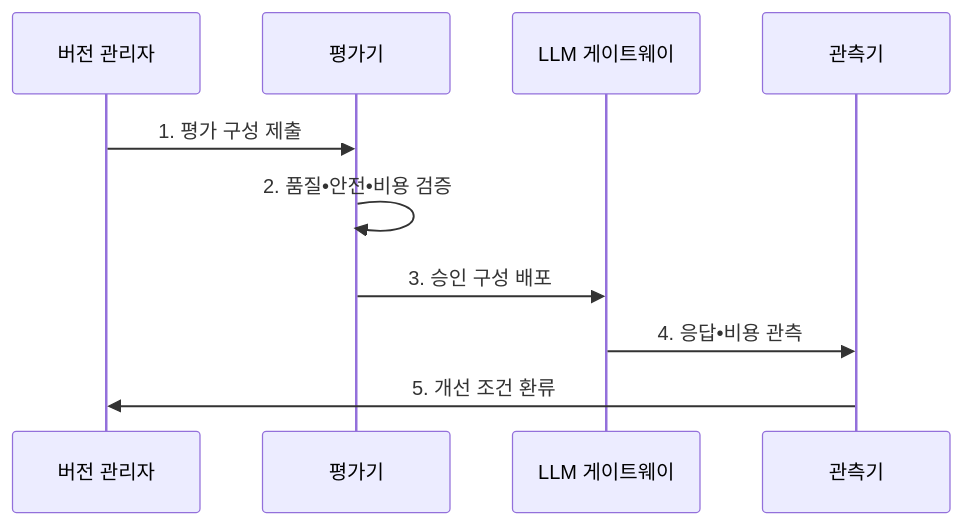
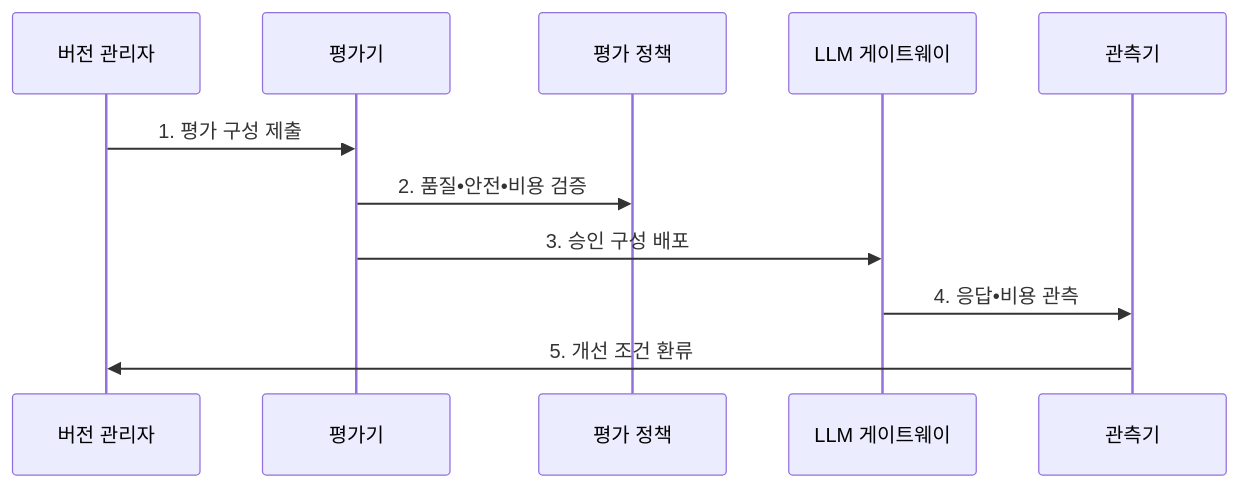
Before and after one commit to agnusdei1207/knowledge-base: the second of 2 diagrams in src/content/docs/notes/03-software/203_llmops.md, drawn with Mermaid. The commit also changed other lines of this file and 14 other files, not shown here.

````diff
--- a/src/content/docs/notes/03-software/203_llmops.md
+++ b/src/content/docs/notes/03-software/203_llmops.md
@@ -106,12 +106,13 @@
 ```mermaid
 sequenceDiagram
     participant V as 버전 관리자
     participant E as 평가기
+    participant P as 평가 정책
     participant G as LLM 게이트웨이
     participant O as 관측기
     V->>E: 1. 평가 구성 제출
-    E->>E: 2. 품질•안전•비용 검증
+    E->>P: 2. 품질•안전•비용 검증
     E->>G: 3. 승인 구성 배포
     G->>O: 4. 응답•비용 관측
     O->>V: 5. 개선 조건 환류
 ```
````
